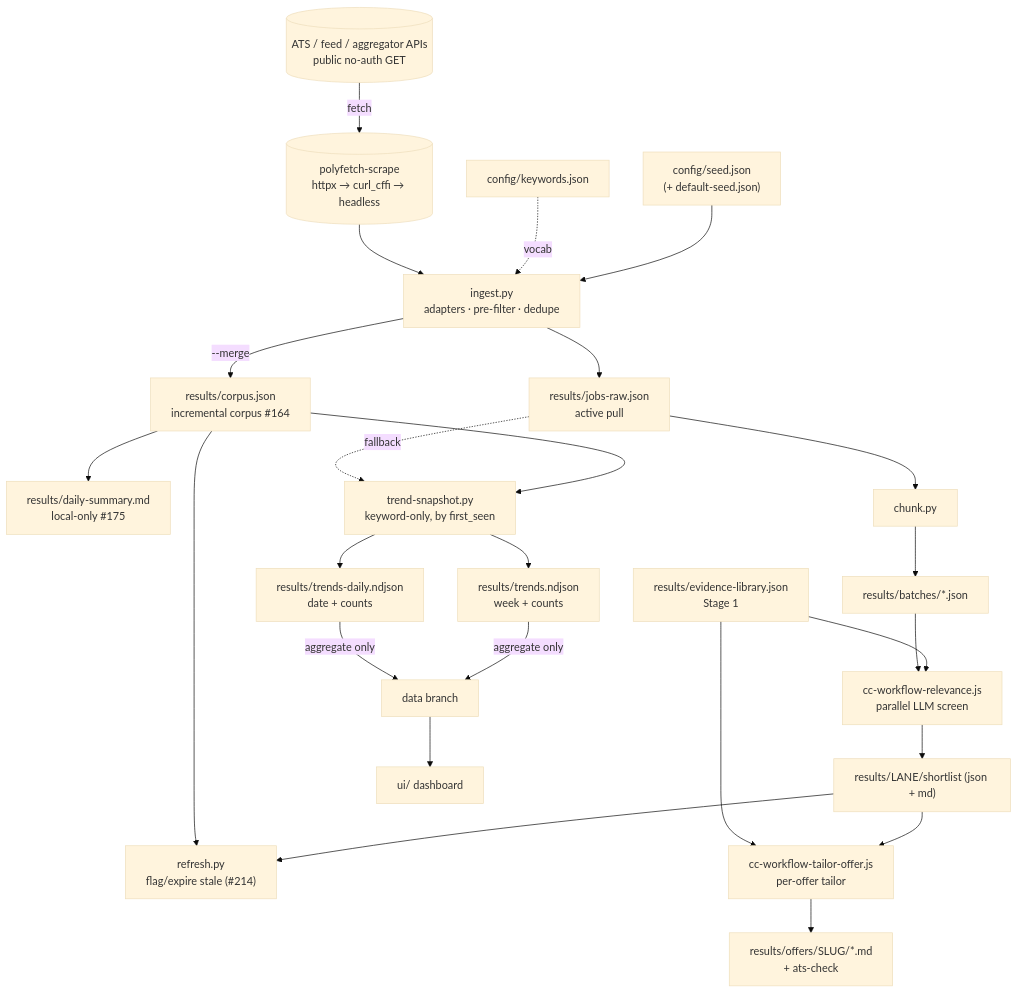
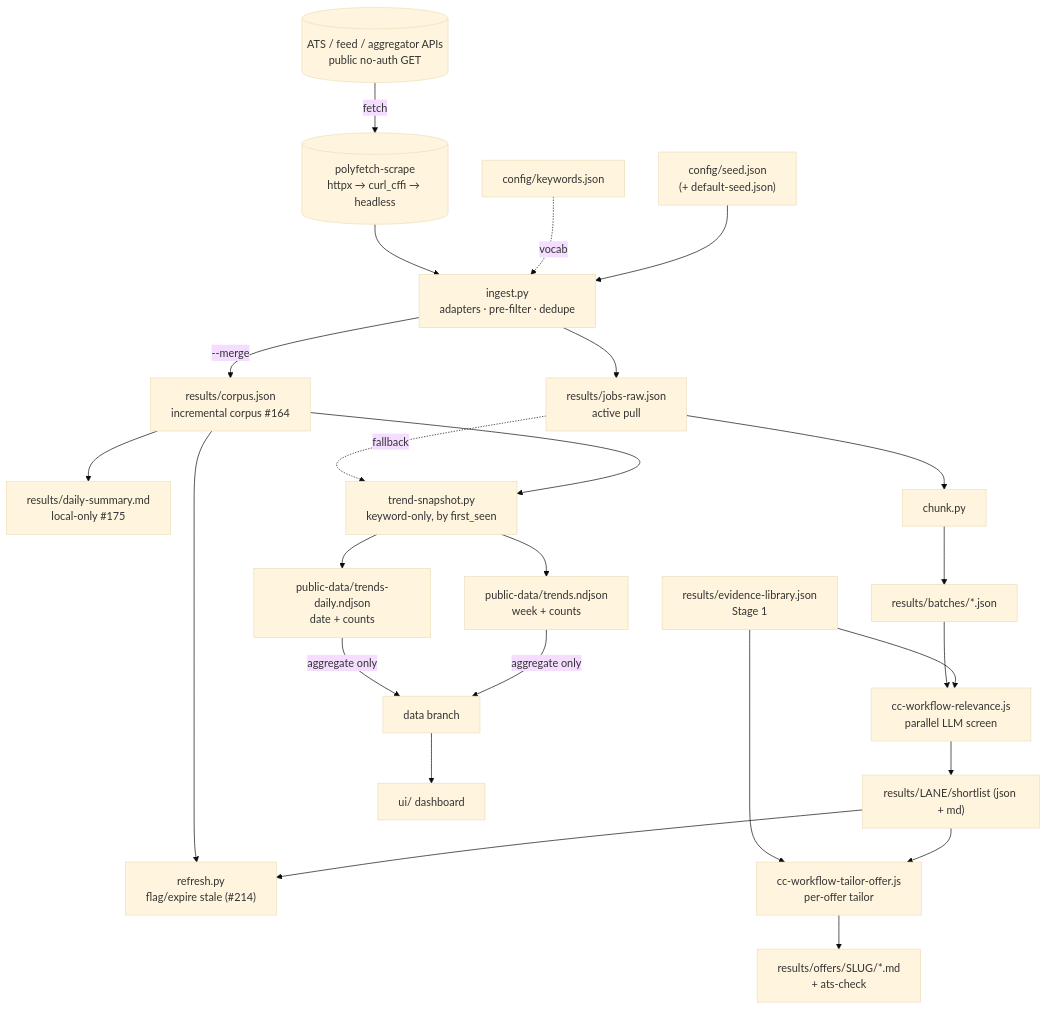
Before and after one commit to qte77/agentic-job-offer-to-application-kit: the first of 2 diagrams in docs/architecture.md, drawn with Mermaid (base theme). The commit also changed other lines of this file and 15 other files, not shown here.

First line of the commit message:
refactor(pii): relocate publishable trends to public-data/ + data-branch guard (#210) (#225)

````diff
--- a/docs/architecture.md
+++ b/docs/architecture.md
@@ -13,23 +13,23 @@
 ```mermaid
 flowchart TD
   ext[("ATS / feed / aggregator APIs<br/>public no-auth GET")] -->|fetch| poly[("polyfetch-scrape<br/>httpx → curl_cffi → headless")]
   seed["config/seed.json<br/>(+ default-seed.json)"] --> ingest["ingest.py<br/>adapters · pre-filter · dedupe"]
   kw["config/keywords.json"] -. vocab .-> ingest
   poly --> ingest
   ingest --> raw["results/jobs-raw.json<br/>active pull"]
   ingest -->|"--merge"| corpus["results/corpus.json<br/>incremental corpus #164"]
   corpus --> digest["results/daily-summary.md<br/>local-only #175"]
   raw --> chunk["chunk.py"] --> batches["results/batches/*.json"]
   ev["results/evidence-library.json<br/>Stage 1"] --> rel["cc-workflow-relevance.js<br/>parallel LLM screen"]
   batches --> rel --> short["results/LANE/shortlist (json + md)"]
   short --> refresh["refresh.py<br/>flag/expire stale (#214)"]
   corpus --> refresh
   short --> tailor["cc-workflow-tailor-offer.js<br/>per-offer tailor"]
   ev --> tailor --> offers["results/offers/SLUG/*.md<br/>+ ats-check"]
   corpus --> trends["trend-snapshot.py<br/>keyword-only, by first_seen"]
   raw -. fallback .-> trends
-  trends --> ndjson["results/trends.ndjson<br/>week + counts"]
-  trends --> dndjson["results/trends-daily.ndjson<br/>date + counts"]
+  trends --> ndjson["public-data/trends.ndjson<br/>week + counts"]
+  trends --> dndjson["public-data/trends-daily.ndjson<br/>date + counts"]
   ndjson -->|aggregate only| dbranch["data branch"] --> ui["ui/ dashboard"]
   dndjson -->|aggregate only| dbranch
 ```
````
